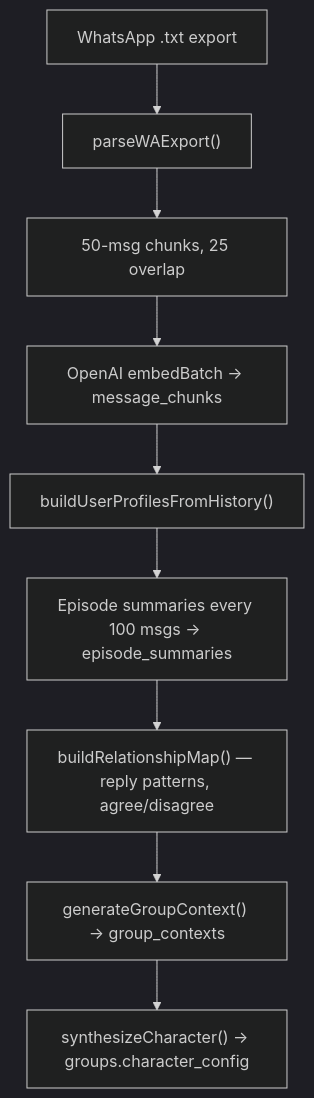
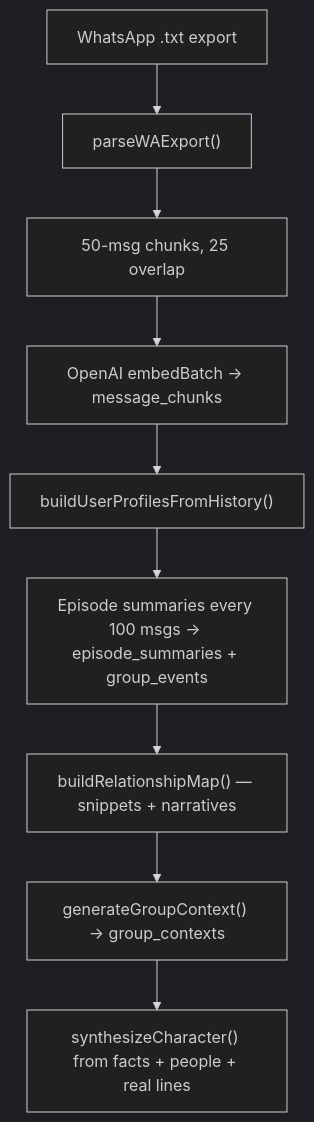
Before and after one commit to yonatancohen/wavi: the third of 3 diagrams in docs/HOW-WAVI-WORKS.md, drawn with Mermaid (dark theme). The commit also changed other lines of this file and 25 other files, not shown here.

First line of the commit message:
Split character takes from remembered facts

````diff
--- a/docs/HOW-WAVI-WORKS.md
+++ b/docs/HOW-WAVI-WORKS.md
@@ -160,12 +162,12 @@
 ```mermaid
 flowchart TD
   Raw["WhatsApp .txt export"]
   Raw --> Parse["parseWAExport()"]
   Parse --> Chunk["50-msg chunks, 25 overlap"]
   Chunk --> Embed["OpenAI embedBatch → message_chunks"]
   Embed --> Prof["buildUserProfilesFromHistory()"]
-  Prof --> Ep["Episode summaries every 100 msgs → episode_summaries"]
-  Ep --> Rel["buildRelationshipMap() — reply patterns, agree/disagree"]
+  Prof --> Ep["Episode summaries every 100 msgs → episode_summaries + group_events"]
+  Ep --> Rel["buildRelationshipMap() — snippets + narratives"]
   Rel --> Ctx["generateGroupContext() → group_contexts"]
-  Ctx --> Char["synthesizeCharacter() → groups.character_config"]
+  Ctx --> Char["synthesizeCharacter() from facts + people + real lines"]
 ```
````
